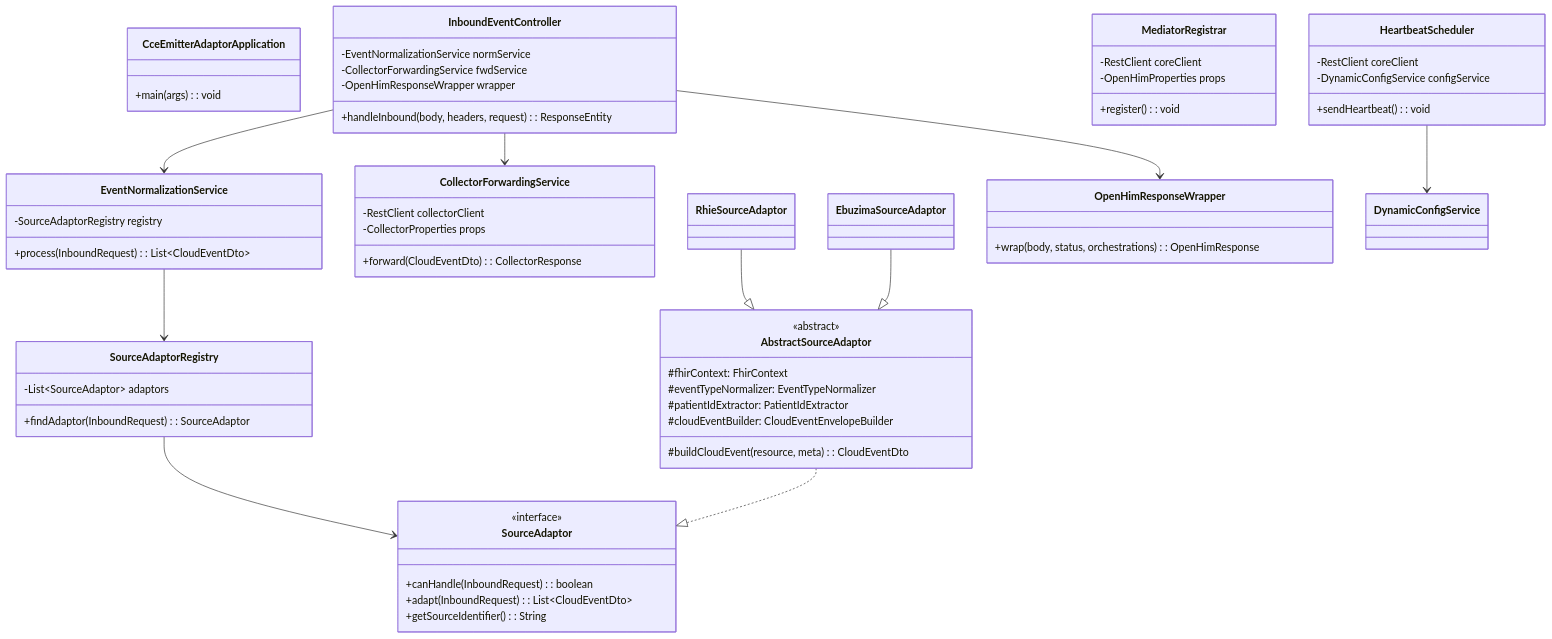
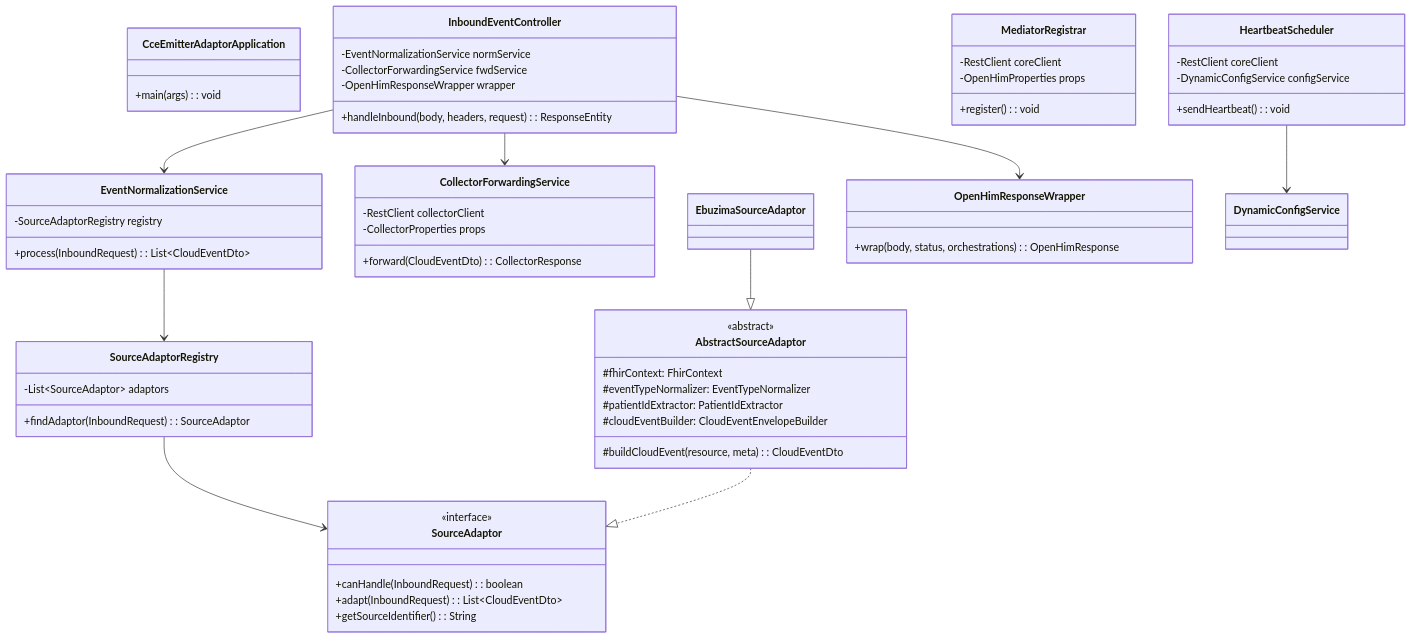
The diagram in docs/low-level-design.md (Jayaprakash8887/openhim-cce-emitter-adaptor), drawn with Mermaid before and after one commit. The commit also changed other lines of this file and 7 other files, not shown here.

````diff
--- a/docs/low-level-design.md
+++ b/docs/low-level-design.md
@@ -85,74 +77,72 @@
 ```mermaid
 classDiagram
     class CceEmitterAdaptorApplication {
         +main(args): void
     }
 
     class InboundEventController {
         -EventNormalizationService normService
         -CollectorForwardingService fwdService
         -OpenHimResponseWrapper wrapper
         +handleInbound(body, headers, request): ResponseEntity
     }
 
     class EventNormalizationService {
         -SourceAdaptorRegistry registry
         +process(InboundRequest): List~CloudEventDto~
     }
 
     class CollectorForwardingService {
         -RestClient collectorClient
         -CollectorProperties props
         +forward(CloudEventDto): CollectorResponse
     }
 
     class SourceAdaptorRegistry {
         -List~SourceAdaptor~ adaptors
         +findAdaptor(InboundRequest): SourceAdaptor
     }
 
     class SourceAdaptor {
         <<interface>>
         +canHandle(InboundRequest): boolean
         +adapt(InboundRequest): List~CloudEventDto~
         +getSourceIdentifier(): String
     }
 
     class AbstractSourceAdaptor {
         <<abstract>>
         #fhirContext: FhirContext
         #eventTypeNormalizer: EventTypeNormalizer
         #patientIdExtractor: PatientIdExtractor
         #cloudEventBuilder: CloudEventEnvelopeBuilder
         #buildCloudEvent(resource, meta): CloudEventDto
     }
 
-    class RhieSourceAdaptor
     class EbuzimaSourceAdaptor
 
     class MediatorRegistrar {
         -RestClient coreClient
         -OpenHimProperties props
         +register(): void
     }
 
     class HeartbeatScheduler {
         -RestClient coreClient
         -DynamicConfigService configService
         +sendHeartbeat(): void
     }
 
     class OpenHimResponseWrapper {
         +wrap(body, status, orchestrations): OpenHimResponse
     }
 
     InboundEventController --> EventNormalizationService
     InboundEventController --> CollectorForwardingService
     InboundEventController --> OpenHimResponseWrapper
     EventNormalizationService --> SourceAdaptorRegistry
     SourceAdaptorRegistry --> SourceAdaptor
     AbstractSourceAdaptor ..|> SourceAdaptor
-    RhieSourceAdaptor --|> AbstractSourceAdaptor
     EbuzimaSourceAdaptor --|> AbstractSourceAdaptor
     HeartbeatScheduler --> DynamicConfigService
 ```
````
